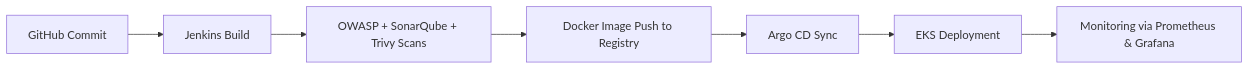
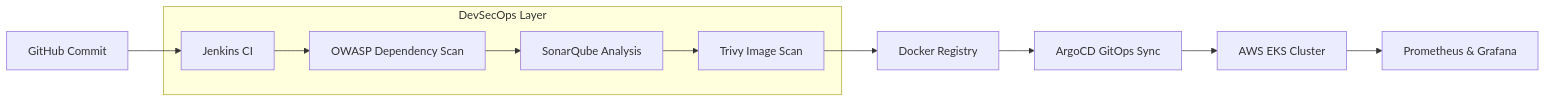
The diagram in README.md (alikumbhar/End-to-End-SMS-application-Deployment-using-Jenkins-CICD-ARGOCD), drawn with Mermaid before and after one commit. The commit also changed other lines of this file, not shown here.

Commit message:
docs: transform README from tutorial to professional case study for DevOps branding

````diff
--- a/README.md
+++ b/README.md
@@ -38,9 +10,13 @@
 ```mermaid
 flowchart LR
-    A[GitHub Commit] --> B[Jenkins Build]
-    B --> C[OWASP + SonarQube + Trivy Scans]
-    C --> D[Docker Image Push to Registry]
-    D --> E[Argo CD Sync]
-    E --> F[EKS Deployment]
-    F --> G[Monitoring via Prometheus & Grafana]
+    A[GitHub Commit] --> B[Jenkins CI]
+    subgraph "DevSecOps Layer"
+    B --> C[OWASP Dependency Scan]
+    C --> D[SonarQube Analysis]
+    D --> E[Trivy Image Scan]
+    end
+    E --> F[Docker Registry]
+    F --> G[ArgoCD GitOps Sync]
+    G --> H[AWS EKS Cluster]
+    H --> I[Prometheus & Grafana]
 ```
````
